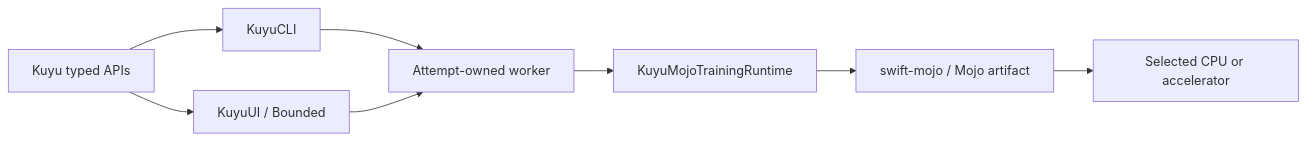
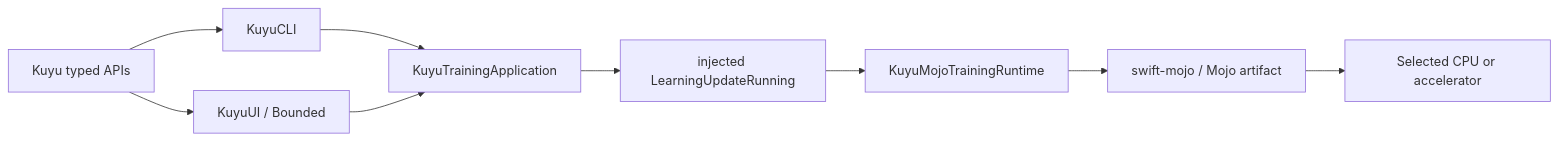
One commit to 1amageek/kuyu changed the diagram in README.md. Above: the diagram before and after it, drawn with Mermaid. The commit also changed other lines of this file and 274 other files, not shown here.

Commit message:
Rebuild application around Mojo learning

````diff
--- a/README.md
+++ b/README.md
@@ -13,10 +13,11 @@
 ```mermaid
 flowchart LR
   API["Kuyu typed APIs"] --> CLI["KuyuCLI"]
   API --> UI["KuyuUI / Bounded"]
-  CLI --> Worker["Attempt-owned worker"]
-  UI --> Worker
-  Worker --> Runtime["KuyuMojoTrainingRuntime"]
-  Runtime --> Mojo["swift-mojo / Mojo artifact"]
+  CLI --> App["KuyuTrainingApplication"]
+  UI --> App
+  App --> Runtime["injected LearningUpdateRunning"]
+  Runtime --> Concrete["KuyuMojoTrainingRuntime"]
+  Concrete --> Mojo["swift-mojo / Mojo artifact"]
   Mojo --> Device["Selected CPU or accelerator"]
 ```
````
